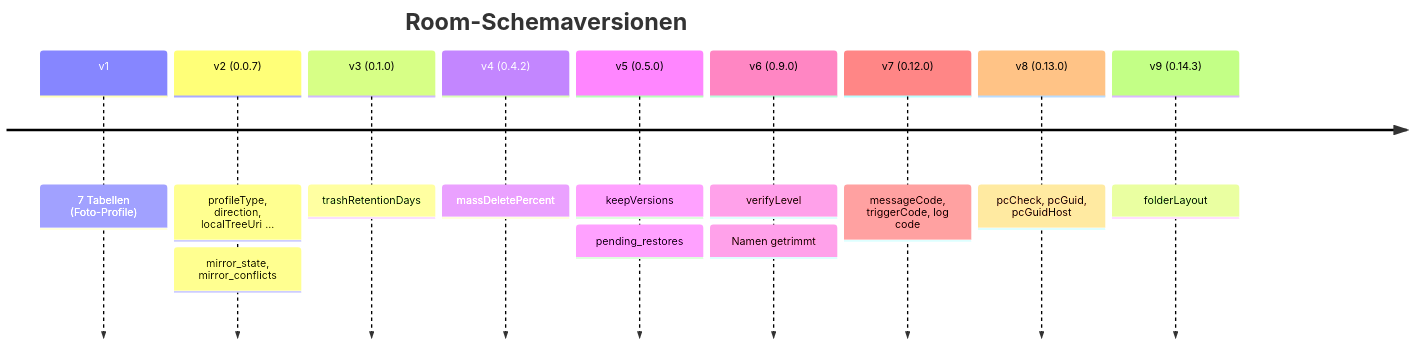
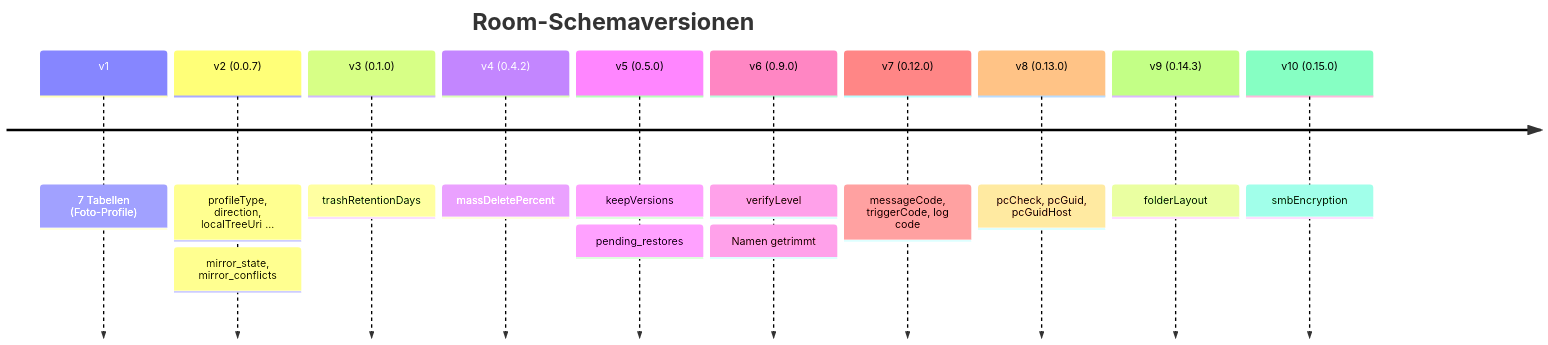
The sixth of 6 diagrams in docs/DATA-MODEL.md (Apop85/Sync2PC), drawn with Mermaid before and after one commit. The commit also changed other lines of this file and 181 other files, not shown here.

````diff
--- a/docs/DATA-MODEL.md
+++ b/docs/DATA-MODEL.md
@@ -758,13 +761,14 @@
 ```mermaid
 timeline
     title Room-Schemaversionen
     v1 : 7 Tabellen (Foto-Profile)
     v2 (0.0.7) : profileType, direction, localTreeUri ... : mirror_state, mirror_conflicts
     v3 (0.1.0) : trashRetentionDays
     v4 (0.4.2) : massDeletePercent
     v5 (0.5.0) : keepVersions : pending_restores
     v6 (0.9.0) : verifyLevel : Namen getrimmt
     v7 (0.12.0) : messageCode, triggerCode, log code
     v8 (0.13.0) : pcCheck, pcGuid, pcGuidHost
     v9 (0.14.3) : folderLayout
+    v10 (0.15.0) : smbEncryption
 ```
````
